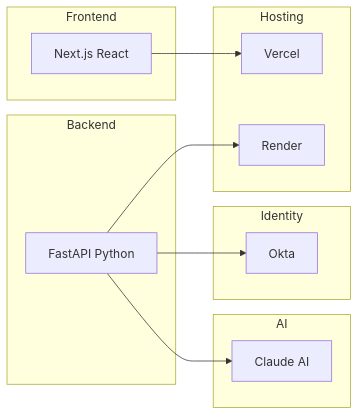
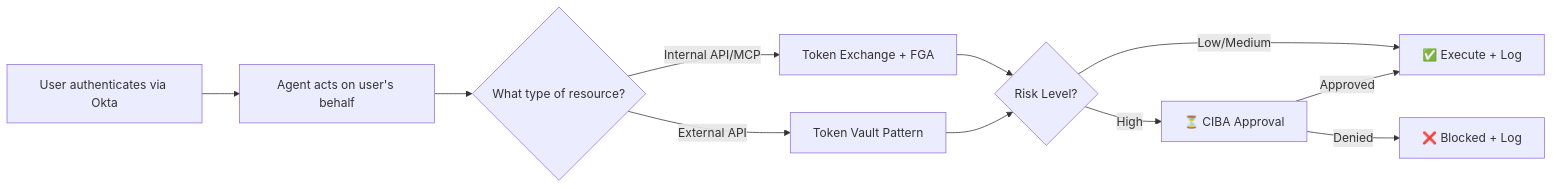
The first of 12 diagrams in DOCUMENTATION.md (kunkol/okta-ai-agent-demo), drawn with Mermaid before and after one commit. The commit also changed other lines of this file, not shown here.

````diff
--- a/DOCUMENTATION.md
+++ b/DOCUMENTATION.md
@@ -57,24 +38,13 @@
 ```mermaid
 graph LR
-    subgraph Frontend
-        A[Next.js React]
-    end
-    subgraph Backend
-        B[FastAPI Python]
-    end
-    subgraph AI
-        C[Claude AI]
-    end
-    subgraph Identity
-        D[Okta]
-    end
-    subgraph Hosting
-        E[Vercel]
-        F[Render]
-    end
-    
-    A --> E
-    B --> F
-    B --> C
-    B --> D
+    A[User authenticates via Okta] --> B[Agent acts on user's behalf]
+    B --> C{What type of resource?}
+    C -->|Internal API/MCP| D[Token Exchange + FGA]
+    C -->|External API| E[Token Vault Pattern]
+    D --> F{Risk Level?}
+    E --> F
+    F -->|Low/Medium| G[✅ Execute + Log]
+    F -->|High| H[⏳ CIBA Approval]
+    H -->|Approved| G
+    H -->|Denied| I[❌ Blocked + Log]
 ```
````
